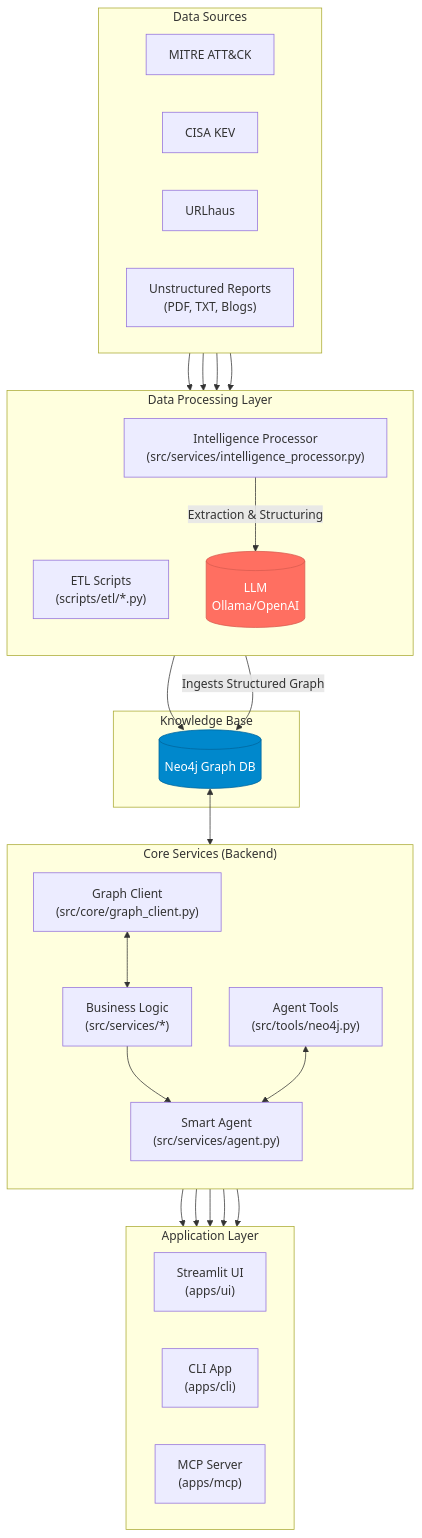
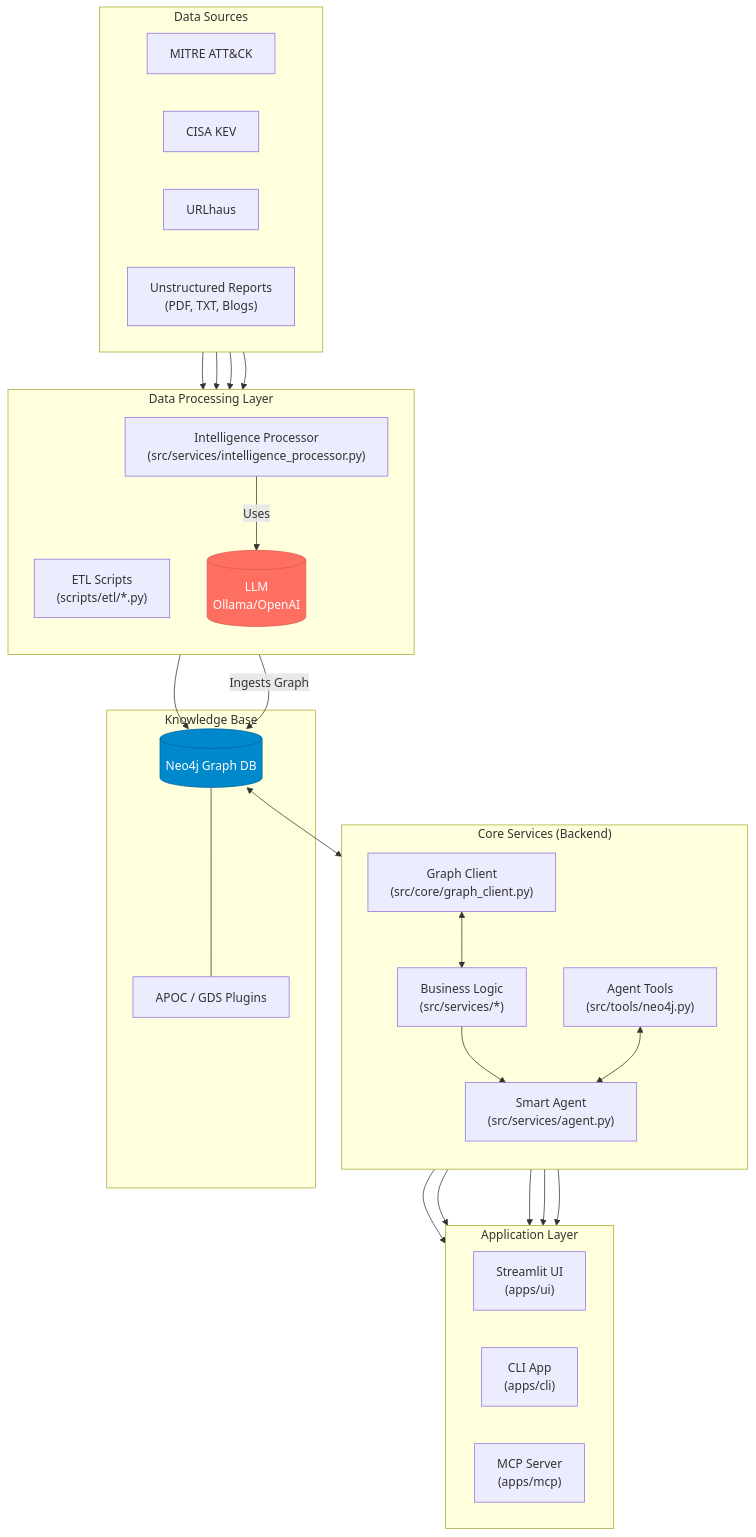
The diagram in README.md (seonwookim92/Cyber-Ontology-INtelligence), drawn with Mermaid before and after one commit. The commit also changed other lines of this file and 1 other file, not shown here.

````diff
--- a/README.md
+++ b/README.md
@@ -23,57 +23,59 @@
 ```mermaid
 graph TD
     subgraph "Data Sources"
         direction LR
         S1[MITRE ATT&CK]
         S2[CISA KEV]
         S3[URLhaus]
         S4["Unstructured Reports<br/>(PDF, TXT, Blogs)"]
     end
 
     subgraph "Data Processing Layer"
         direction TB
         ETL["ETL Scripts<br/>(scripts/etl/*.py)"]
         Processor["Intelligence Processor<br/>(src/services/intelligence_processor.py)"]
         LLM[(LLM<br/>Ollama/OpenAI)]
         
         S1 & S2 & S3 --> ETL
         S4 --> Processor
-        Processor -- "Extraction & Structuring" --> LLM
+        Processor -- "Uses" --> LLM
     end
 
     subgraph "Knowledge Base"
         Neo4j[(Neo4j Graph DB)]
+        Plugins[APOC / GDS Plugins]
+        Neo4j --- Plugins
     end
 
     ETL --> Neo4j
-    Processor -- "Ingests Structured Graph" --> Neo4j
+    Processor -- "Ingests Graph" --> Neo4j
 
     subgraph "Core Services (Backend)"
         direction TB
         GraphClient["Graph Client<br/>(src/core/graph_client.py)"]
         Services["Business Logic<br/>(src/services/*)"]
         Tools["Agent Tools<br/>(src/tools/neo4j.py)"]
         Agent["Smart Agent<br/>(src/services/agent.py)"]
     end
     
     Neo4j <--> GraphClient
     GraphClient <--> Services
     Services --> Agent
     Tools <--> Agent
     
     subgraph "Application Layer"
         direction LR
         UI["Streamlit UI<br/>(apps/ui)"]
         CLI["CLI App<br/>(apps/cli)"]
         MCP["MCP Server<br/>(apps/mcp)"]
     end
 
     Services --> UI
     Services --> CLI
     Agent --> UI
     Agent --> CLI
     Tools --> MCP
 
     style Neo4j fill:#0088CC,stroke:#00659c,color:white
     style LLM fill:#FF6F61,stroke:#D95C50,color:white
 ```
````
